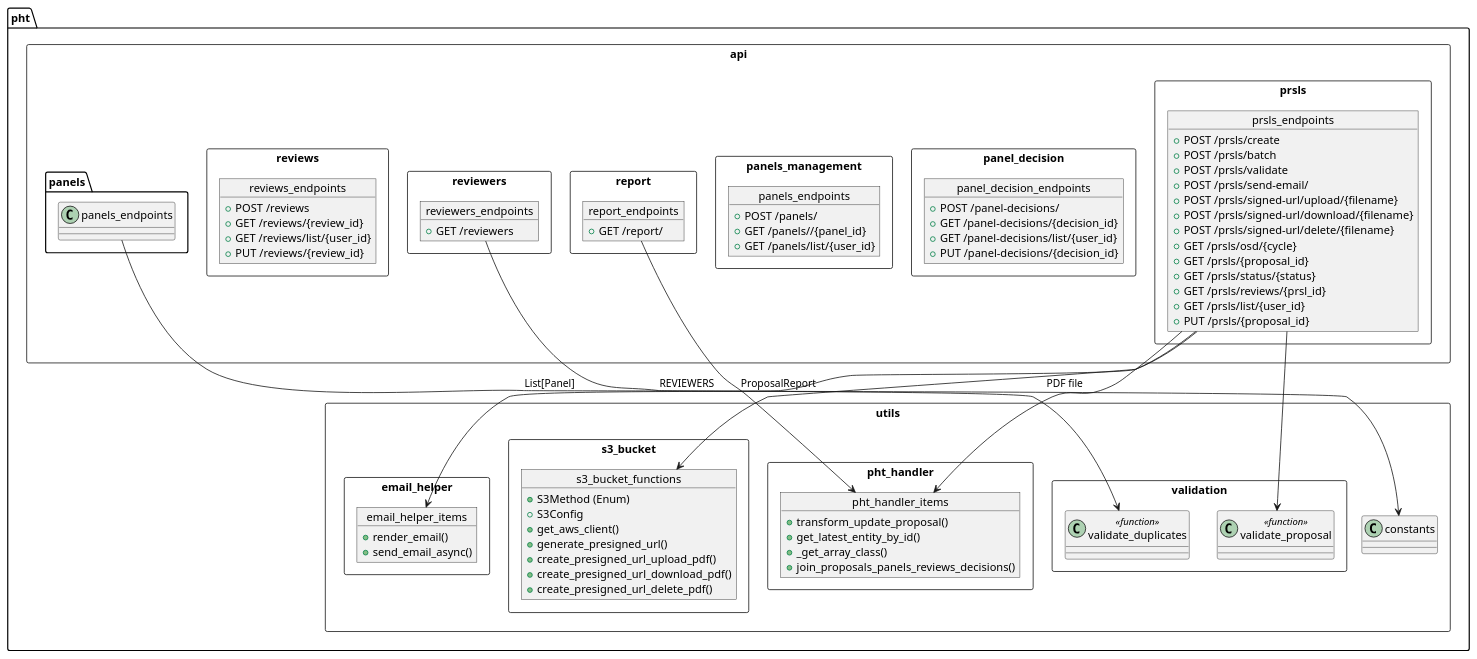
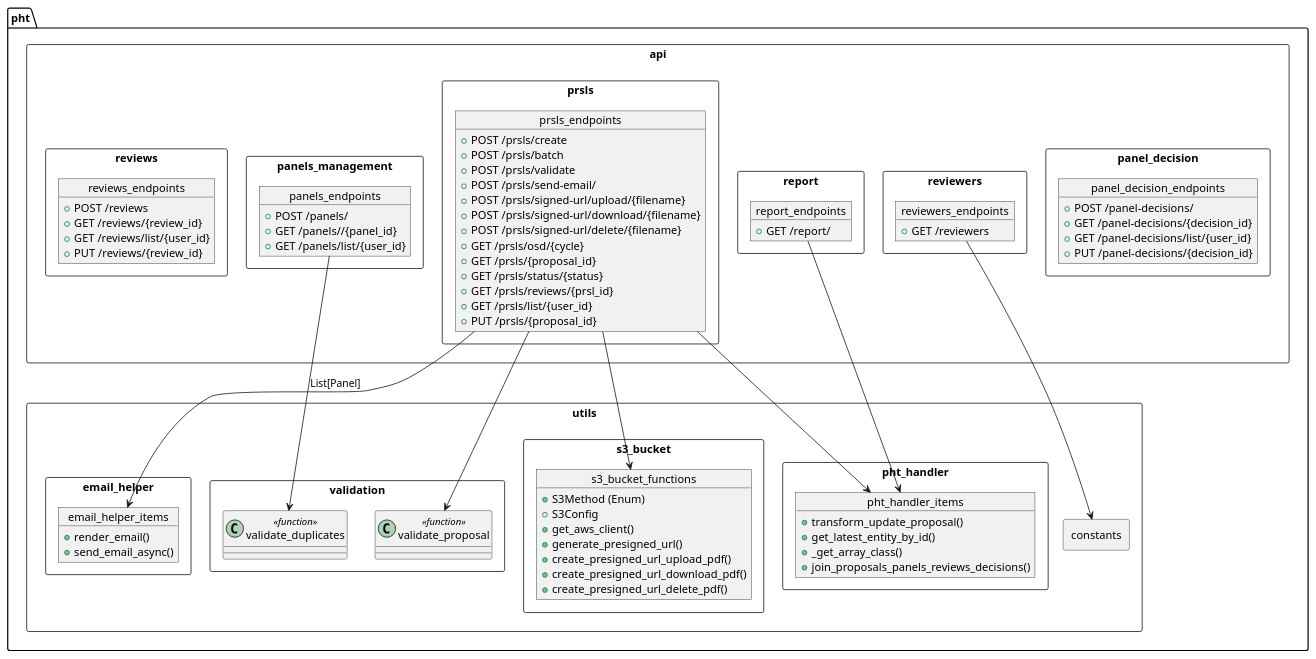
One commit to ska-telescope/ska-oso-services changed the diagram in docs/src/internal/diagrams/module_view_pht.puml. Above: the diagram before and after it, drawn with PlantUML. The commit also changed 1 other file, not shown here.

Commit message:
STAR-1524 - finally fix pht module diagram

```diff
--- a/docs/src/internal/diagrams/module_view_pht.puml
+++ b/docs/src/internal/diagrams/module_view_pht.puml
@@ -1,108 +1,111 @@
 @startuml
 top to bottom direction
 
 package "pht" as pht_pkg {
 
     package "api" <<Rectangle>> {
-    
+
+        package "panel_decision" <<Rectangle>> {
+            object panel_decision_endpoints{
+                + POST /panel-decisions/
+                + GET /panel-decisions/{decision_id}
+                + GET /panel-decisions/list/{user_id}
+                + PUT /panel-decisions/{decision_id}
+            }
+        }
+        
+        package "panels_management" <<Rectangle>> {
+            object panels_endpoints {
+                + POST /panels/
+                + GET /panels//{panel_id}
+                + GET /panels/list/{user_id}
+            }
+        }
+        
         package "prsls" <<Rectangle>> {
             object prsls_endpoints{
                 + POST /prsls/create
                 + POST /prsls/batch
                 + POST /prsls/validate
                 + POST /prsls/send-email/
                 + POST /prsls/signed-url/upload/{filename}
                 + POST /prsls/signed-url/download/{filename}
                 + POST /prsls/signed-url/delete/{filename}
                 + GET /prsls/osd/{cycle}
                 + GET /prsls/{proposal_id}
                 + GET /prsls/status/{status}
                 + GET /prsls/reviews/{prsl_id}
                 + GET /prsls/list/{user_id}
                 + PUT /prsls/{proposal_id}
-            }
-        }
-
-        package "panel_decision" <<Rectangle>> {
-            object panel_decision_endpoints{
-                + POST /panel-decisions/
-                + GET /panel-decisions/{decision_id}
-                + GET /panel-decisions/list/{user_id}
-                + PUT /panel-decisions/{decision_id}
-            }
-        }
-        
-        package "panels_management" <<Rectangle>> {
-            object panels_endpoints {
-                + POST /panels/
-                + GET /panels//{panel_id}
-                + GET /panels/list/{user_id}
             }
         }
 
         package "report" <<Rectangle>> {
             object report_endpoints{
                 + GET /report/
             }
         }
 
         package "reviewers" <<Rectangle>> {
             object reviewers_endpoints{
                 + GET /reviewers
             }
         }
         
         package "reviews" <<Rectangle>> {
             object reviews_endpoints{
                 + POST /reviews
                 + GET /reviews/{review_id}
                 + GET /reviews/list/{user_id}
                 + PUT /reviews/{review_id}
             }
         }
     }
 
     package "utils" <<Rectangle>> {
         package "email_helper" <<Rectangle>> {
             object email_helper_items {
                 + render_email()
                 + send_email_async()
             }
         }
         package "pht_handler" <<Rectangle>> {
             object pht_handler_items {
                 + transform_update_proposal()
                 + get_latest_entity_by_id()
                 + _get_array_class()
                 + join_proposals_panels_reviews_decisions()
             }
         }
         package "s3_bucket" <<Rectangle>> {
             object s3_bucket_functions {
                 + S3Method (Enum)
                 + S3Config
                 + get_aws_client()
                 + generate_presigned_url()
                 + create_presigned_url_upload_pdf()
                 + create_presigned_url_download_pdf()
                 + create_presigned_url_delete_pdf()
             }
         }
         package "validation" <<Rectangle>> {
             class validate_duplicates <<function>>
             class validate_proposal <<function>>
         }
-        class constants
+        
+        package "constants" <<Rectangle>> {
+        }
     }
-
+    
     ' --- Relationships, return types only ---
-    api.prsls.prsls_endpoints --> utils.validation.validate_proposal
-    api.prsls.prsls_endpoints --> utils.pht_handler.pht_handler_items
-    api.prsls.prsls_endpoints --> utils.s3_bucket.s3_bucket_functions : PDF file
-    api.panels.panels_endpoints --> utils.validation.validate_duplicates : List[Panel]
-    api.report.report_endpoints --> utils.pht_handler.pht_handler_items: ProposalReport
-    api.prsls.prsls_endpoints --> utils.email_helper.email_helper_items
-    api.reviewers.reviewers_endpoints --> utils.constants : REVIEWERS
+    prsls_endpoints --> validate_proposal
+    prsls_endpoints --> email_helper_items
+    prsls_endpoints --> pht_handler_items
+    prsls_endpoints --> s3_bucket_functions
+    panels_endpoints --> validate_duplicates : List[Panel]
+    report_endpoints --> pht_handler_items
+    reviewers_endpoints --> constants
+    
 
 }
 @enduml
```
